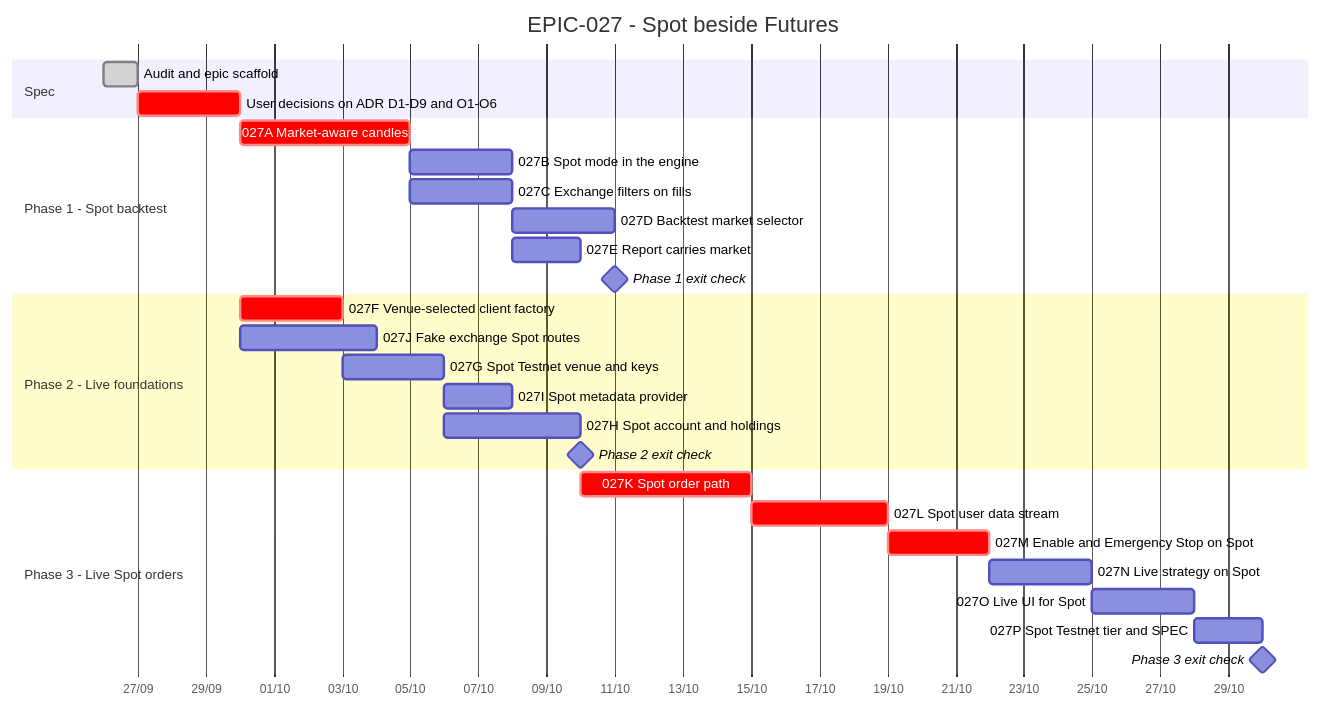
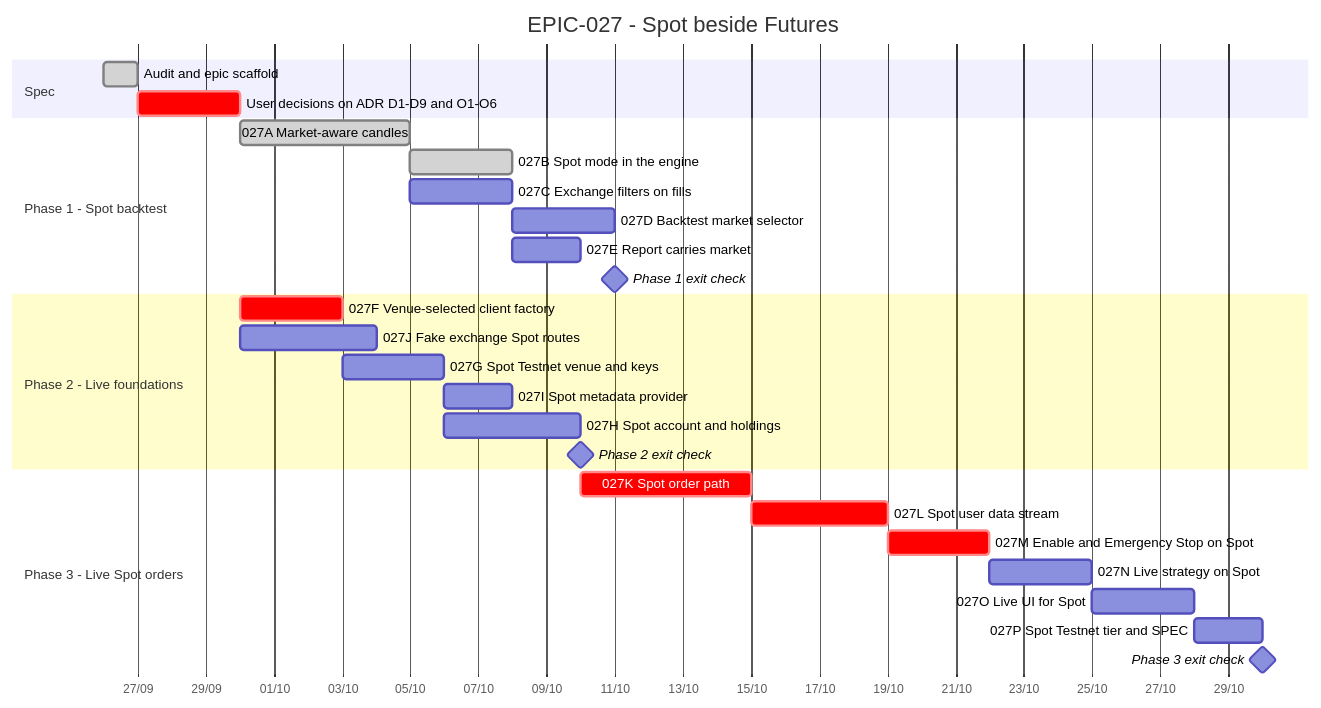
One commit to anhembedded/Sagittarius_Elite_Warrior changed the diagram in Tasks/epics/EPIC-027_spot_trading_and_spot_backtest/TRACKING.md. Above: the diagram before and after it, drawn with Mermaid. The commit also changed other lines of this file and 9 other files, not shown here.

````diff
--- a/Tasks/epics/EPIC-027_spot_trading_and_spot_backtest/TRACKING.md
+++ b/Tasks/epics/EPIC-027_spot_trading_and_spot_backtest/TRACKING.md
@@ -15,36 +15,36 @@
 ```mermaid
 gantt
     title EPIC-027 - Spot beside Futures
     dateFormat  YYYY-MM-DD
     axisFormat  %d/%m
     todayMarker stroke-width:2px,stroke:#d33,opacity:0.6
 
     section Spec
     Audit and epic scaffold                 :done,    s1, 2026-09-26, 1d
     User decisions on ADR D1-D9 and O1-O6   :crit,    s2, after s1, 3d
 
     section Phase 1 - Spot backtest
-    027A Market-aware candles               :crit,    a, after s2, 5d
-    027B Spot mode in the engine            :         b, after a, 3d
+    027A Market-aware candles               :done,    a, after s2, 5d
+    027B Spot mode in the engine            :done,    b, after a, 3d
     027C Exchange filters on fills          :         c, after a, 3d
     027D Backtest market selector           :         d, after b, 3d
     027E Report carries market              :         e, after c, 2d
     Phase 1 exit check                      :milestone, m1, after d, 0d
 
     section Phase 2 - Live foundations
     027F Venue-selected client factory      :crit,    f, after s2, 3d
     027J Fake exchange Spot routes          :         j, after s2, 4d
     027G Spot Testnet venue and keys        :         g, after f, 3d
     027I Spot metadata provider             :         i, after g, 2d
     027H Spot account and holdings          :         h, after g j, 4d
     Phase 2 exit check                      :milestone, m2, after h, 0d
 
     section Phase 3 - Live Spot orders
     027K Spot order path                    :crit,    k, after m2, 5d
     027L Spot user data stream              :crit,    l, after k, 4d
     027M Enable and Emergency Stop on Spot  :crit,    m, after l, 3d
     027N Live strategy on Spot              :         n, after m, 3d
     027O Live UI for Spot                   :         o, after n, 3d
     027P Spot Testnet tier and SPEC         :         p, after o, 2d
     Phase 3 exit check                      :milestone, m3, after p, 0d
 ```
````
